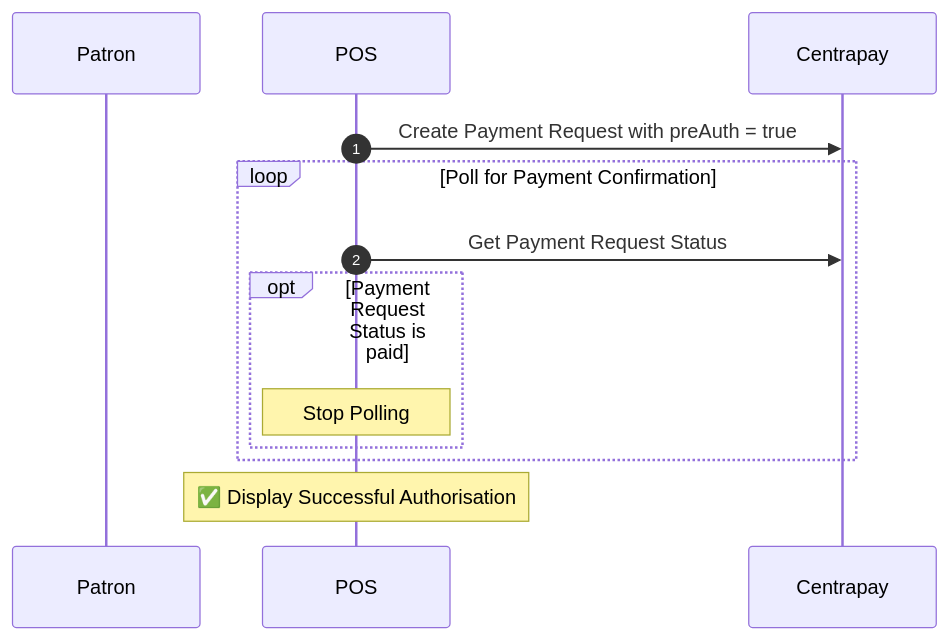
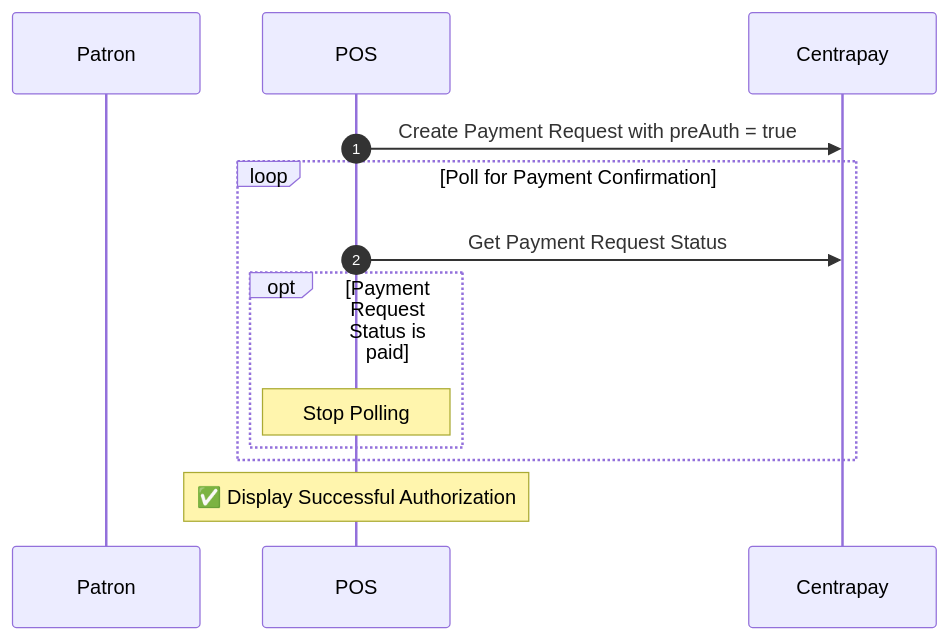
The second of 4 diagrams in content/guides/requesting-pre-auth.md (centrapay/centrapay-docs), drawn with Mermaid before and after one commit. The commit also changed other lines of this file and 4 other files, not shown here.

````diff
--- a/content/guides/requesting-pre-auth.md
+++ b/content/guides/requesting-pre-auth.md
@@ -56,20 +56,20 @@
 ```mermaid
 sequenceDiagram
 	autonumber
 
 	participant P as Patron
 	participant POS
 	participant C as Centrapay
 
 	POS->>C: Create Payment Request with preAuth = true
 
 	loop Poll for Payment Confirmation
 		POS->>C: Get Payment Request Status
 
 		opt Payment Request Status is paid
 			Note over POS: Stop Polling
 		end
 	end
 
-	note over POS: ✅ Display Successful Authorisation
+	note over POS: ✅ Display Successful Authorization
 ```
````
